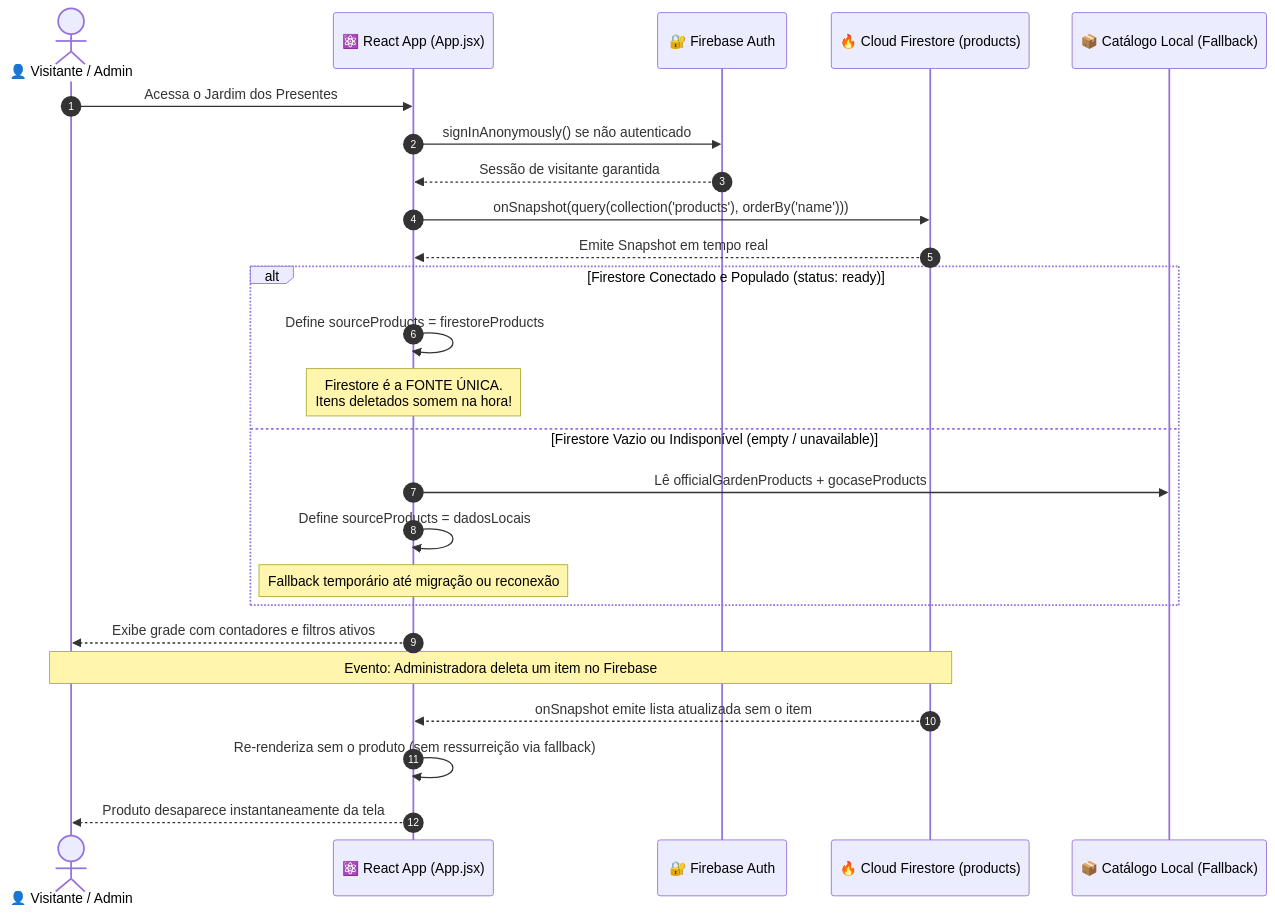
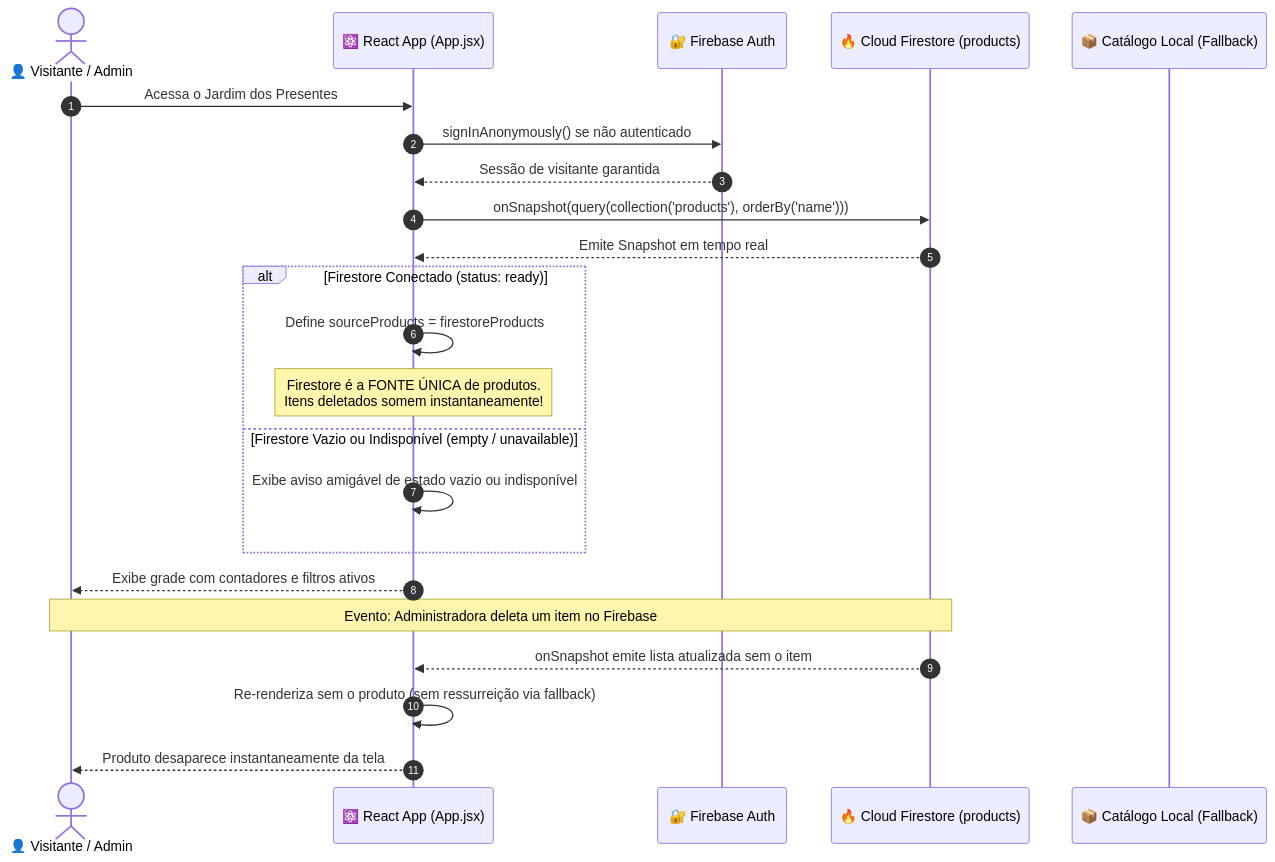
One commit to michelejoohann/jardim-dos-presentes changed the second of 2 diagrams in docs/ARCHITECTURE.md. Above: the diagram before and after it, drawn with Mermaid. The commit also changed other lines of this file and 8 other files, not shown here.

Commit message:
refactor: remover produtos hardcoded em src/data e migrar catalogo 100% para o Firestore

````diff
--- a/docs/ARCHITECTURE.md
+++ b/docs/ARCHITECTURE.md
@@ -62,32 +61,30 @@
 ```mermaid
 sequenceDiagram
     autonumber
     actor Visitante as 👤 Visitante / Admin
     participant App as ⚛️ React App (App.jsx)
     participant Auth as 🔐 Firebase Auth
     participant Firestore as 🔥 Cloud Firestore (products)
     participant Fallback as 📦 Catálogo Local (Fallback)
 
     Visitante->>App: Acessa o Jardim dos Presentes
     App->>Auth: signInAnonymously() se não autenticado
     Auth-->>App: Sessão de visitante garantida
 
     App->>Firestore: onSnapshot(query(collection('products'), orderBy('name')))
     Firestore-->>App: Emite Snapshot em tempo real
 
-    alt Firestore Conectado e Populado (status: ready)
+    alt Firestore Conectado (status: ready)
         App->>App: Define sourceProducts = firestoreProducts
-        Note over App: Firestore é a FONTE ÚNICA.<br/>Itens deletados somem na hora!
+        Note over App: Firestore é a FONTE ÚNICA de produtos.<br/>Itens deletados somem instantaneamente!
     else Firestore Vazio ou Indisponível (empty / unavailable)
-        App->>Fallback: Lê officialGardenProducts + gocaseProducts
-        App->>App: Define sourceProducts = dadosLocais
-        Note over App: Fallback temporário até migração ou reconexão
+        App->>App: Exibe aviso amigável de estado vazio ou indisponível
     end
 
     App-->>Visitante: Exibe grade com contadores e filtros ativos
 
     Note over Visitante,Firestore: Evento: Administradora deleta um item no Firebase
     Firestore-->>App: onSnapshot emite lista atualizada sem o item
     App->>App: Re-renderiza sem o produto (sem ressurreição via fallback)
     App-->>Visitante: Produto desaparece instantaneamente da tela
 ```
````
